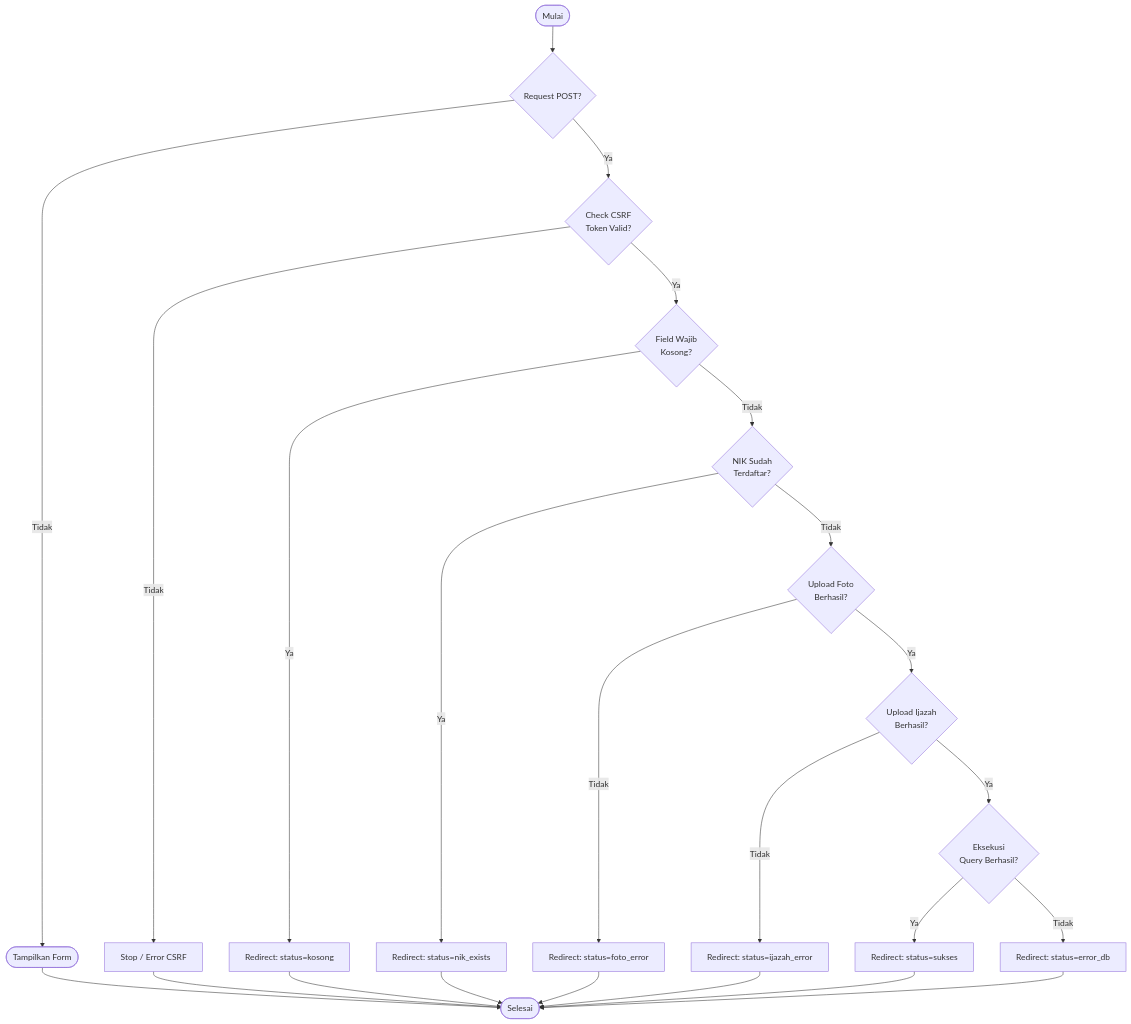
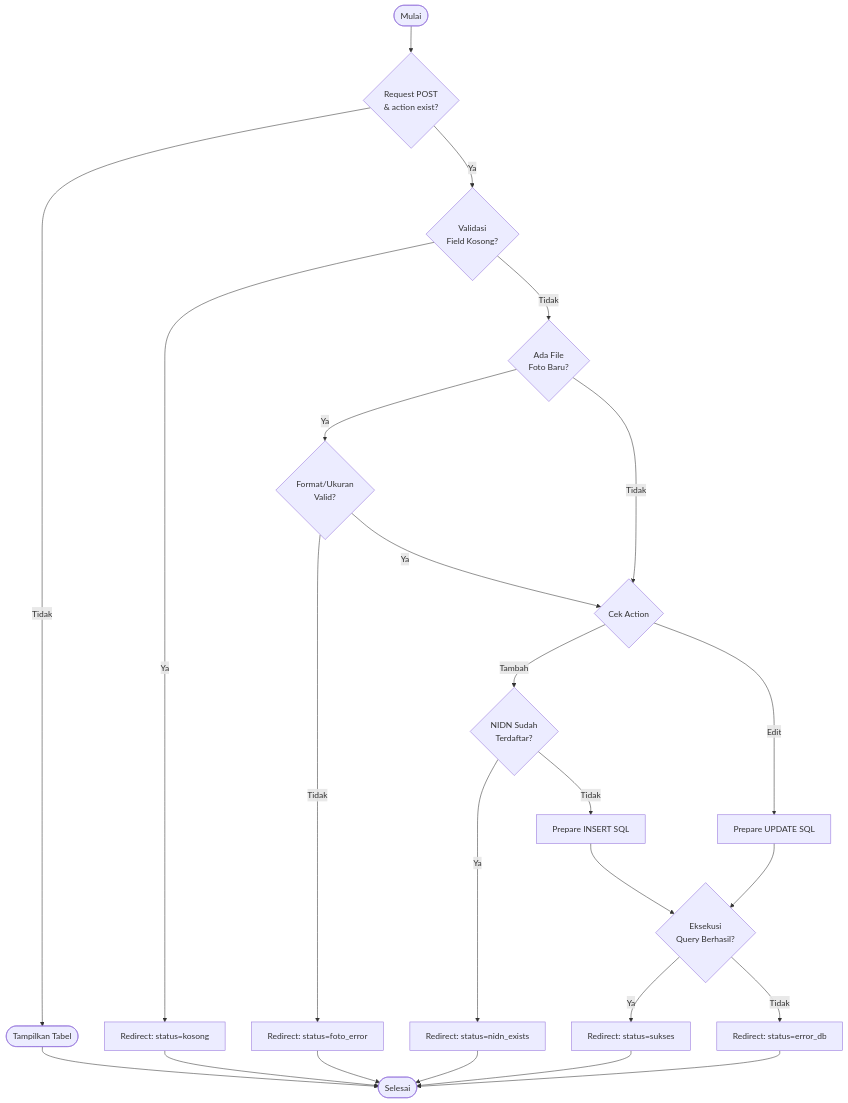
Before and after one commit to arbain-dev/Web_fikom: the first of 2 diagrams in docs/07_PENGUJIAN_WHITE_BOX.md, drawn with Mermaid. The commit also changed other lines of this file, not shown here.

````diff
--- a/docs/07_PENGUJIAN_WHITE_BOX.md
+++ b/docs/07_PENGUJIAN_WHITE_BOX.md
@@ -32,19 +47,20 @@
 ```mermaid
 flowchart TD
-    A([Mulai]) --> B{Request POST?}
-    B -- Tidak --> C([Tampilkan Form])
-    B -- Ya --> D{"Check CSRF<br/>Token Valid?"}
-    D -- Tidak --> E[Stop / Error CSRF]
-    D -- Ya --> F{"Field Wajib<br/>Kosong?"}
-    F -- Ya --> G[Redirect: status=kosong]
-    F -- Tidak --> H{"NIK Sudah<br/>Terdaftar?"}
-    H -- Ya --> I[Redirect: status=nik_exists]
-    H -- Tidak --> J{"Upload Foto<br/>Berhasil?"}
-    J -- Tidak --> K[Redirect: status=foto_error]
-    J -- Ya --> L{"Upload Ijazah<br/>Berhasil?"}
-    L -- Tidak --> M[Redirect: status=ijazah_error]
-    L -- Ya --> N{"Eksekusi<br/>Query Berhasil?"}
+    A([Mulai]) --> B{Request POST\n& action exist?}
+    B -- Tidak --> C([Tampilkan Tabel])
+    B -- Ya --> D{"Validasi<br/>Field Kosong?"}
+    D -- Ya --> E[Redirect: status=kosong]
+    D -- Tidak --> F{"Ada File<br/>Foto Baru?"}
+    F -- Ya --> G{"Format/Ukuran<br/>Valid?"}
+    G -- Tidak --> H[Redirect: status=foto_error]
+    G -- Ya --> I{Cek Action}
+    F -- Tidak --> I
+    I -- Tambah --> J{"NIDN Sudah<br/>Terdaftar?"}
+    J -- Ya --> K[Redirect: status=nidn_exists]
+    J -- Tidak --> L[Prepare INSERT SQL]
+    I -- Edit --> M[Prepare UPDATE SQL]
+    L & M --> N{"Eksekusi<br/>Query Berhasil?"}
     N -- Ya --> O[Redirect: status=sukses]
     N -- Tidak --> P[Redirect: status=error_db]
-    C & E & G & I & K & M & O & P --> Q([Selesai])
+    C & E & H & K & O & P --> Q([Selesai])
 ```
````
